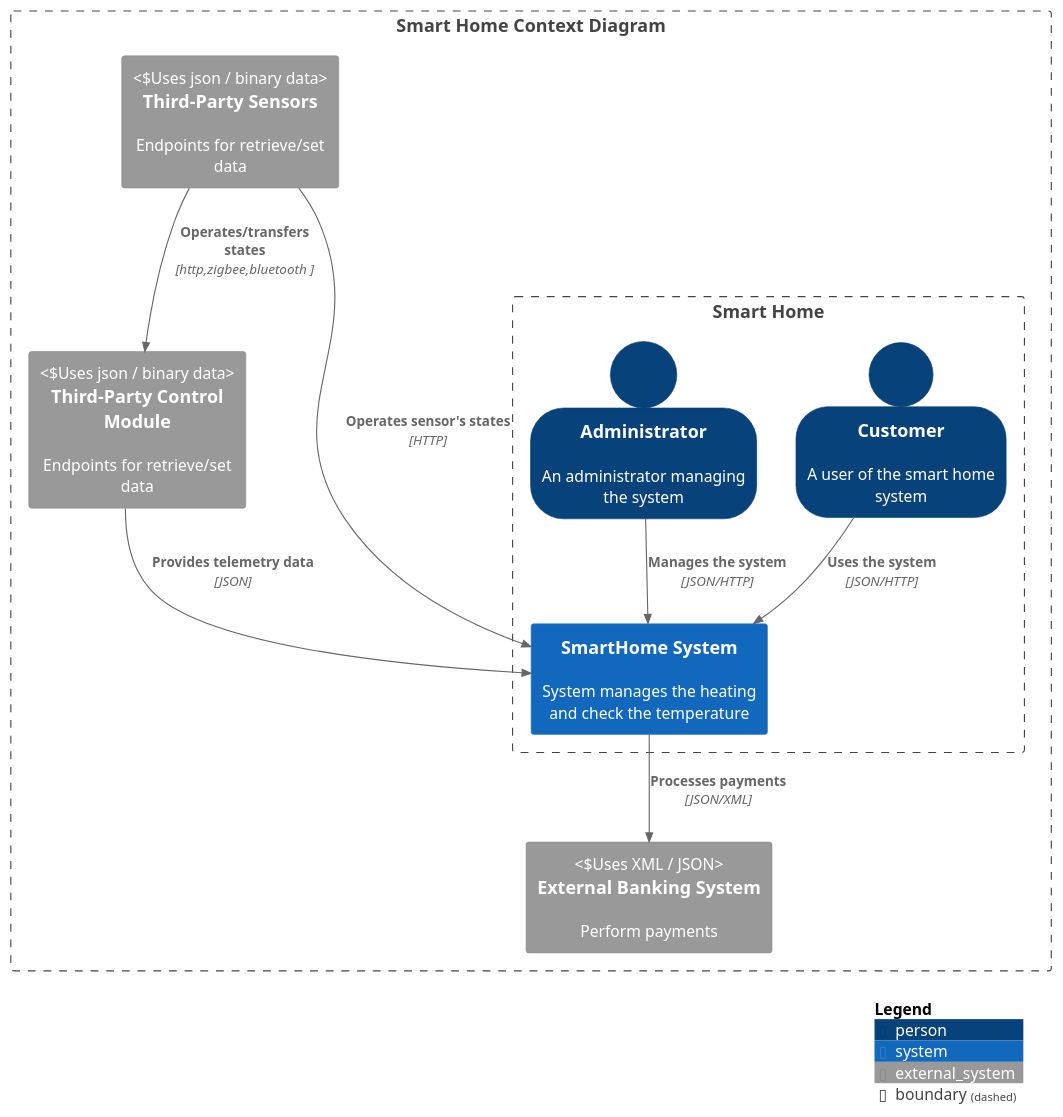
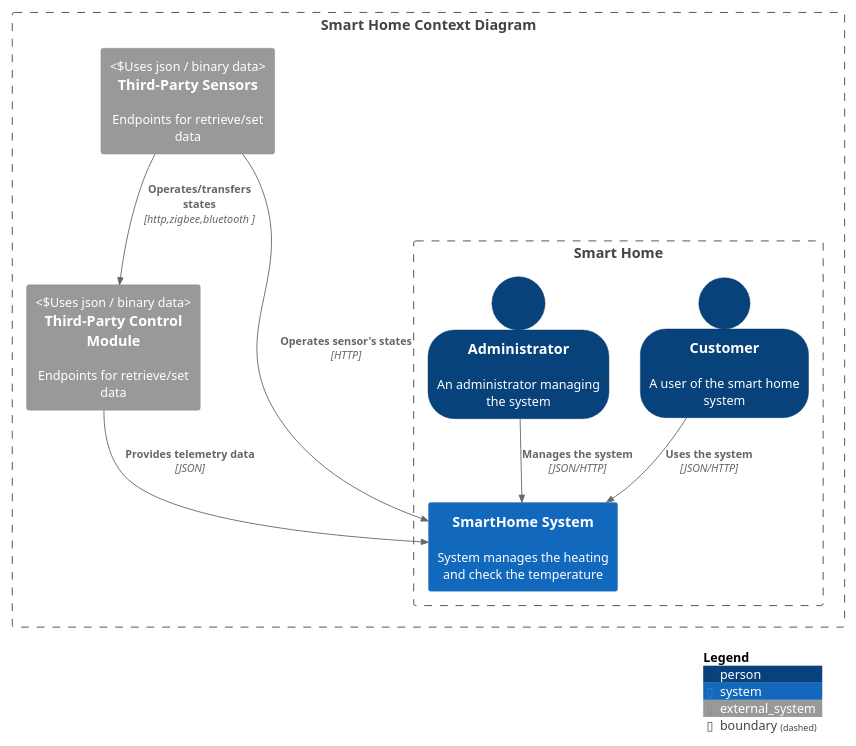
One commit to belkevglaz/yc-apo-sprint3 changed the diagram in docs/docs/assets/target/ContextDiagram.md. Above: the diagram before and after it, drawn with PlantUML. The commit also changed 10 other files, not shown here.

````diff
--- a/docs/docs/assets/target/ContextDiagram.md
+++ b/docs/docs/assets/target/ContextDiagram.md
@@ -1,35 +1,34 @@
 ```puml
 @startuml
 
+scale 0.8
 top to bottom direction
 
-!includeurl https://raw.githubusercontent.com/RicardoNiepel/C4-PlantUML/master/C4_Context.puml
+!includeurl https://raw.githubusercontent.com/plantuml-stdlib/C4-PlantUML/master/C4_Context.puml
 
 SHOW_PERSON_OUTLINE()
 
 Boundary(system, "Smart Home Context Diagram") {
     
     Boundary(interanl, "Smart Home") {
         System(smarthome, "SmartHome System", "System manages the heating and check the temperature")
     
         Person(customer, "Customer", "A user of the smart home system")
         Person(admin, "Administrator", "An administrator managing the system")
     
         Rel(customer, smarthome, "Uses the system", "JSON/HTTP")
         Rel(admin,smarthome,"Manages the system",  "JSON/HTTP")
    
     }
 
     System_Ext(sensors, "Third-Party Sensors", "Endpoints for retrieve/set data", "Uses json / binary data")
     System_Ext(control, "Third-Party Control Module", "Endpoints for retrieve/set data", "Uses json / binary data")
-    System_Ext(payment, "External Banking System", "Perform payments", "Uses XML / JSON")
     
     Rel(control, smarthome, "Provides telemetry data", "JSON")
     Rel(sensors, control, "Operates/transfers states", "http,zigbee,bluetooth ")
     Rel(sensors, smarthome, "Operates sensor's states", "HTTP")
-    Rel(smarthome, payment, "Processes payments", "JSON/XML")
 }
 
 SHOW_LEGEND()
 @enduml
 ```
````
